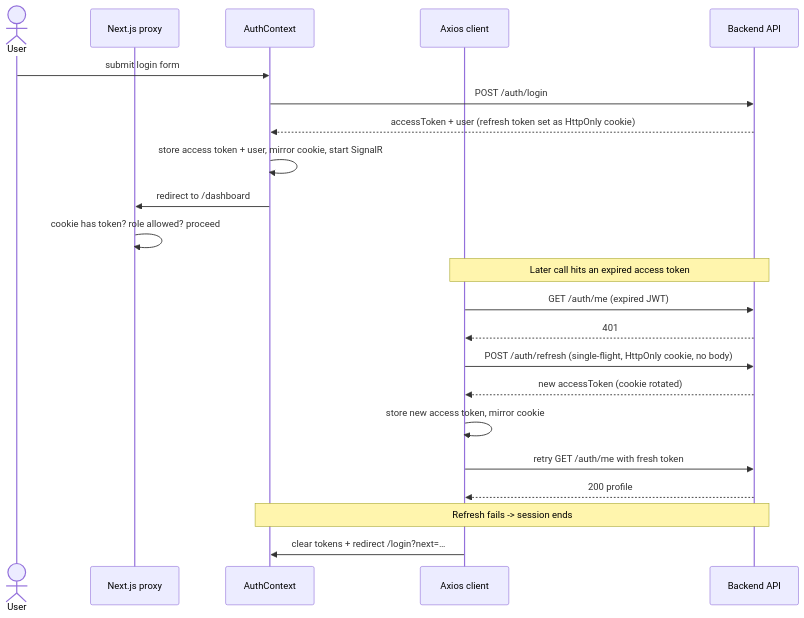
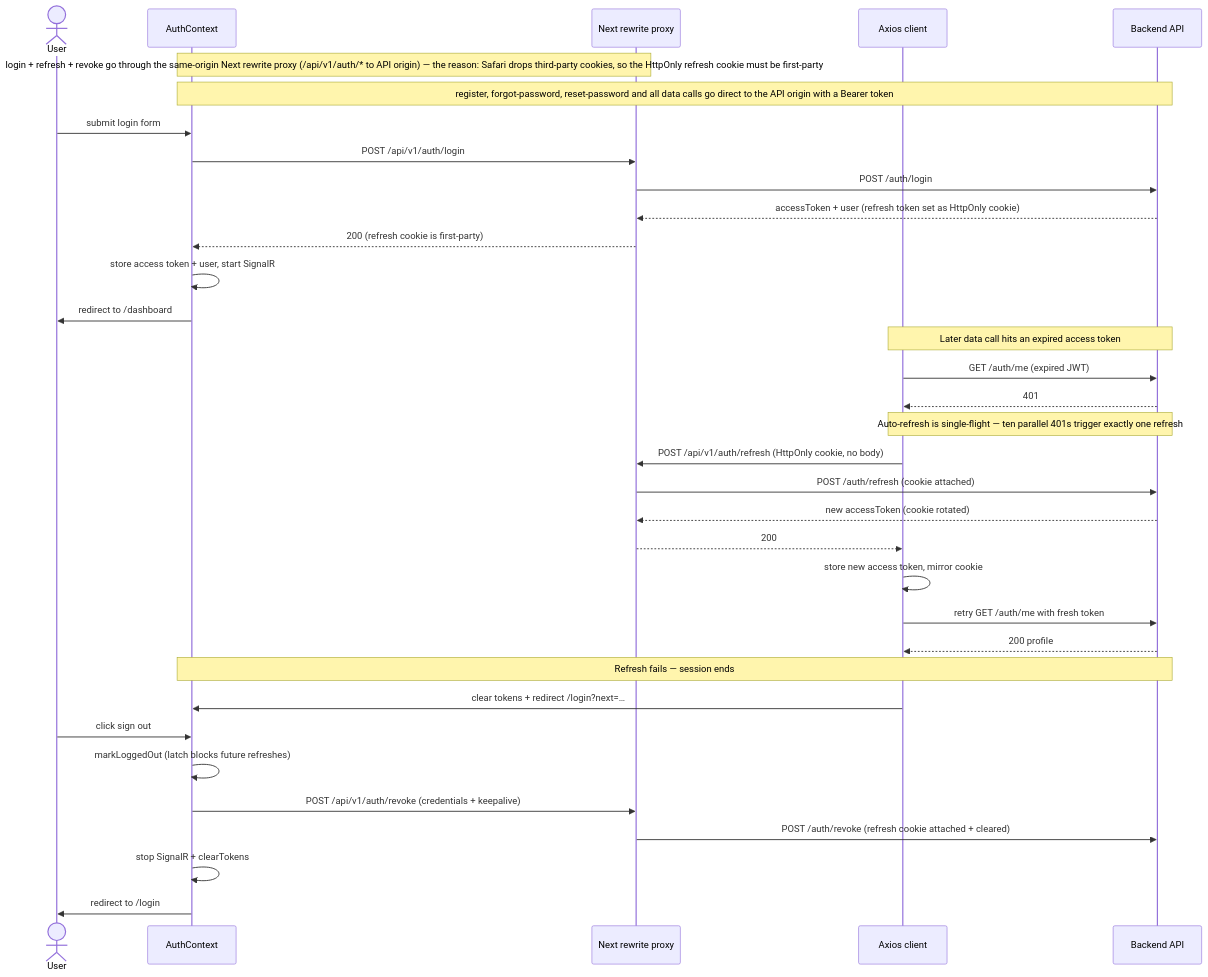
The second of 3 diagrams in README.md (morshedmilton/TicketDeskPro-Client), drawn with Mermaid before and after one commit. The commit also changed other lines of this file, not shown here.

Commit message:
Update the readme with the proxy auth flow routes and setup sections

````diff
--- a/README.md
+++ b/README.md
@@ -125,27 +129,41 @@
 ```mermaid
 sequenceDiagram
     actor U as User
-    participant MW as Next.js proxy
     participant APP as AuthContext
+    participant NX as Next rewrite proxy
     participant API as Axios client
     participant BE as Backend API
 
+    Note over APP,NX: login + refresh + revoke go through the same-origin Next rewrite proxy (/api/v1/auth/* to API origin) — the reason: Safari drops third-party cookies, so the HttpOnly refresh cookie must be first-party
+    Note over APP,BE: register, forgot-password, reset-password and all data calls go direct to the API origin with a Bearer token
+
     U->>APP: submit login form
-    APP->>BE: POST /auth/login
-    BE-->>APP: accessToken + user (refresh token set as HttpOnly cookie)
-    APP->>APP: store access token + user, mirror cookie, start SignalR
-    APP->>MW: redirect to /dashboard
-    MW->>MW: cookie has token? role allowed? proceed
+    APP->>NX: POST /api/v1/auth/login
+    NX->>BE: POST /auth/login
+    BE-->>NX: accessToken + user (refresh token set as HttpOnly cookie)
+    NX-->>APP: 200 (refresh cookie is first-party)
+    APP->>APP: store access token + user, start SignalR
+    APP->>U: redirect to /dashboard
 
-    Note over API,BE: Later call hits an expired access token
+    Note over API,BE: Later data call hits an expired access token
     API->>BE: GET /auth/me (expired JWT)
     BE-->>API: 401
-    API->>BE: POST /auth/refresh (single-flight, HttpOnly cookie, no body)
-    BE-->>API: new accessToken (cookie rotated)
+    Note over API,BE: Auto-refresh is single-flight — ten parallel 401s trigger exactly one refresh
+    API->>NX: POST /api/v1/auth/refresh (HttpOnly cookie, no body)
+    NX->>BE: POST /auth/refresh (cookie attached)
+    BE-->>NX: new accessToken (cookie rotated)
+    NX-->>API: 200
     API->>API: store new access token, mirror cookie
     API->>BE: retry GET /auth/me with fresh token
     BE-->>API: 200 profile
 
-    Note over APP,BE: Refresh fails -> session ends
+    Note over APP,BE: Refresh fails — session ends
     API->>APP: clear tokens + redirect /login?next=…
+
+    U->>APP: click sign out
+    APP->>APP: markLoggedOut (latch blocks future refreshes)
+    APP->>NX: POST /api/v1/auth/revoke (credentials + keepalive)
+    NX->>BE: POST /auth/revoke (refresh cookie attached + cleared)
+    APP->>APP: stop SignalR + clearTokens
+    APP->>U: redirect to /login
 ```
````
